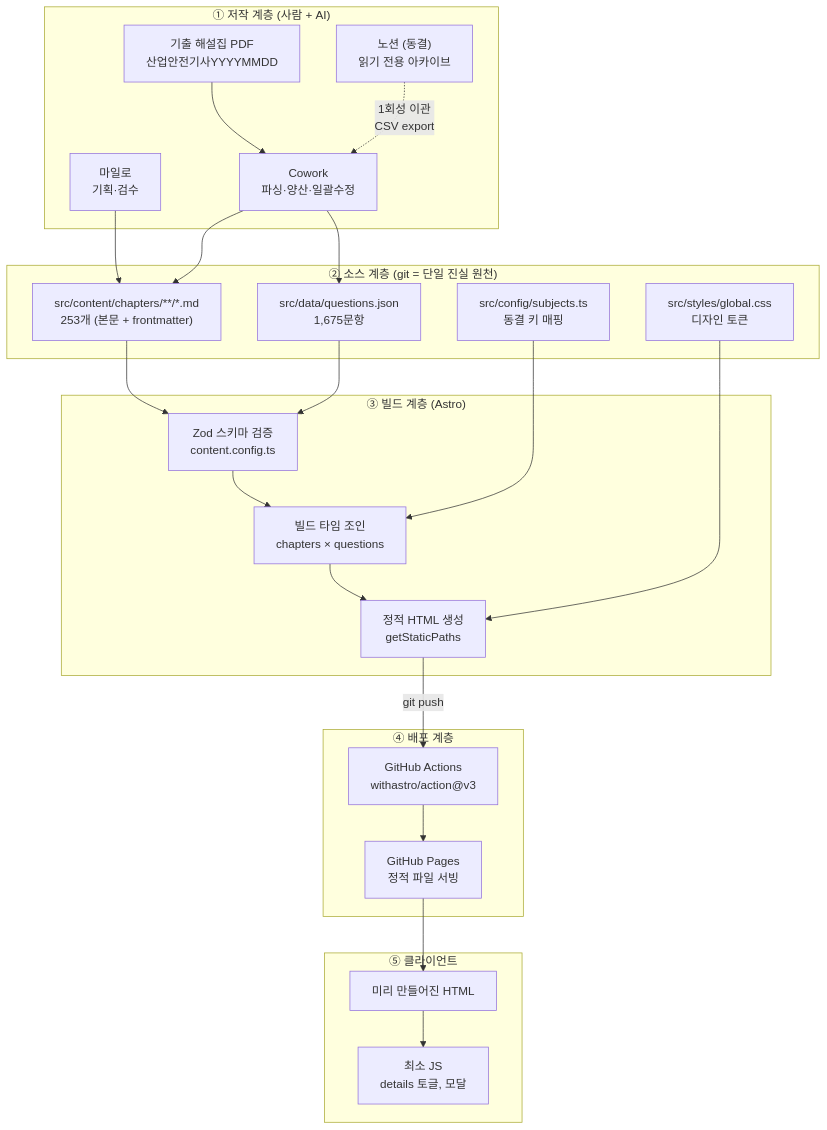
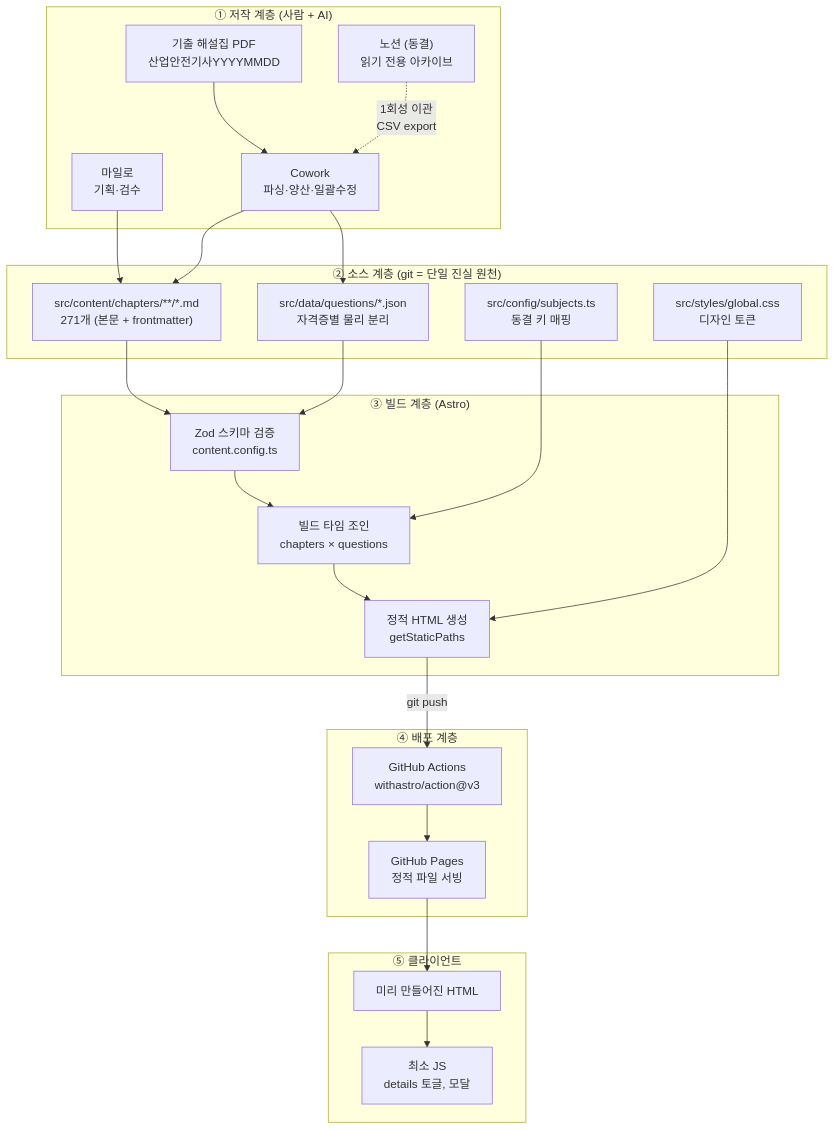
One commit to syjy813/getpasslab changed the first of 7 diagrams in ARCHITECTURE.md. Above: the diagram before and after it, drawn with Mermaid. The commit also changed other lines of this file and 83 other files, not shown here.

````diff
--- a/ARCHITECTURE.md
+++ b/ARCHITECTURE.md
@@ -135,50 +135,50 @@
 ```mermaid
 flowchart TB
     subgraph AUTHORING["① 저작 계층 (사람 + AI)"]
         PDF["기출 해설집 PDF<br/>산업안전기사YYYYMMDD"]
         MILO["마일로<br/>기획·검수"]
         COWORK["Cowork<br/>파싱·양산·일괄수정"]
         NOTION["노션 (동결)<br/>읽기 전용 아카이브"]
     end
 
     subgraph SOURCE["② 소스 계층 (git = 단일 진실 원천)"]
-        MD["src/content/chapters/**/*.md<br/>253개 (본문 + frontmatter)"]
-        QJSON["src/data/questions.json<br/>1,675문항"]
+        MD["src/content/chapters/**/*.md<br/>271개 (본문 + frontmatter)"]
+        QJSON["src/data/questions/*.json<br/>자격증별 물리 분리"]
         CFG["src/config/subjects.ts<br/>동결 키 매핑"]
         CSS["src/styles/global.css<br/>디자인 토큰"]
     end
 
     subgraph BUILD["③ 빌드 계층 (Astro)"]
         ZOD["Zod 스키마 검증<br/>content.config.ts"]
         JOIN["빌드 타임 조인<br/>chapters × questions"]
         RENDER["정적 HTML 생성<br/>getStaticPaths"]
     end
 
     subgraph DEPLOY["④ 배포 계층"]
         GHA["GitHub Actions<br/>withastro/action@v3"]
         PAGES["GitHub Pages<br/>정적 파일 서빙"]
     end
 
     subgraph CLIENT["⑤ 클라이언트"]
         HTML["미리 만들어진 HTML"]
         JS["최소 JS<br/>details 토글, 모달"]
     end
 
     PDF --> COWORK
     COWORK --> QJSON
     COWORK --> MD
     MILO --> MD
     NOTION -.->|1회성 이관<br/>CSV export| COWORK
     
     MD --> ZOD
     QJSON --> ZOD
     CFG --> JOIN
     ZOD --> JOIN
     JOIN --> RENDER
     CSS --> RENDER
     
     RENDER -->|git push| GHA
     GHA --> PAGES
     PAGES --> HTML
     HTML --> JS
 ```
````
